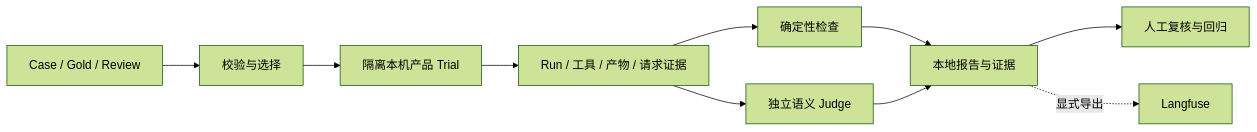
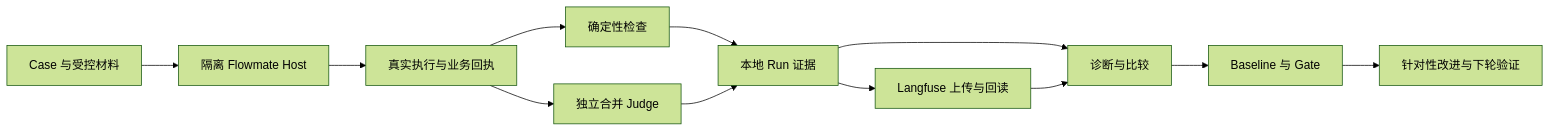
The diagram in docs/public/EVALUATION.zh-CN.md (ChaoDiDiaoAA/Flowmate), drawn with Mermaid (forest theme) before and after one commit. The commit also changed other lines of this file and 614 other files, not shown here.

````diff
--- a/docs/public/EVALUATION.zh-CN.md
+++ b/docs/public/EVALUATION.zh-CN.md
@@ -11,12 +17,14 @@
 ```mermaid
 flowchart LR
-  Dataset[Case / Gold / Review] --> Select[校验与选择]
-  Select --> Trial[隔离本机产品 Trial]
-  Trial --> Evidence[Run / 工具 / 产物 / 请求证据]
-  Evidence --> Rules[确定性检查]
-  Evidence --> Judge[独立语义 Judge]
-  Rules --> Report[本地报告与证据]
-  Judge --> Report
-  Report --> Review[人工复核与回归]
-  Report -.->|显式导出| Langfuse[Langfuse]
+    A[Case 与受控材料] --> B[隔离 Flowmate Host]
+    B --> C[真实执行与业务回执]
+    C --> D[确定性检查]
+    C --> E[独立合并 Judge]
+    D --> F[本地 Run 证据]
+    E --> F
+    F --> G[Langfuse 上传与回读]
+    F --> H[诊断与比较]
+    G --> H
+    H --> I[Baseline 与 Gate]
+    I --> J[针对性改进与下轮验证]
 ```
````
